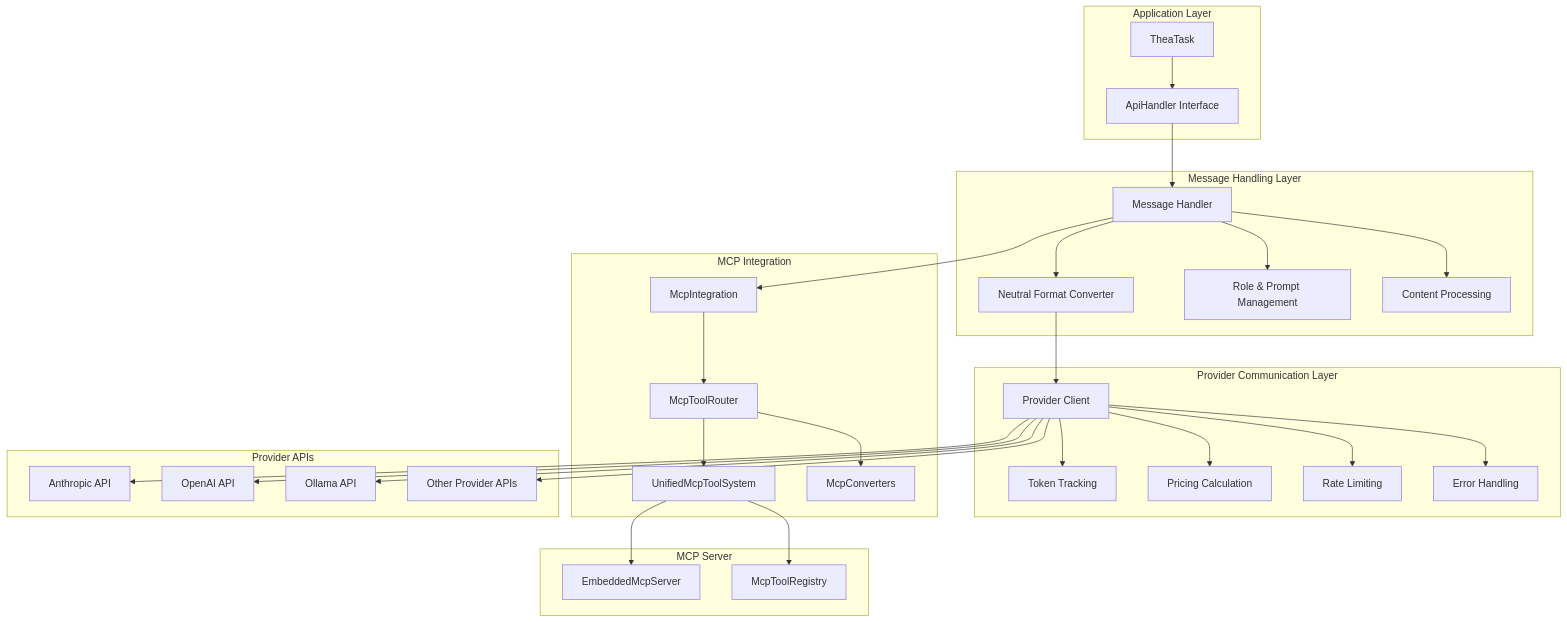
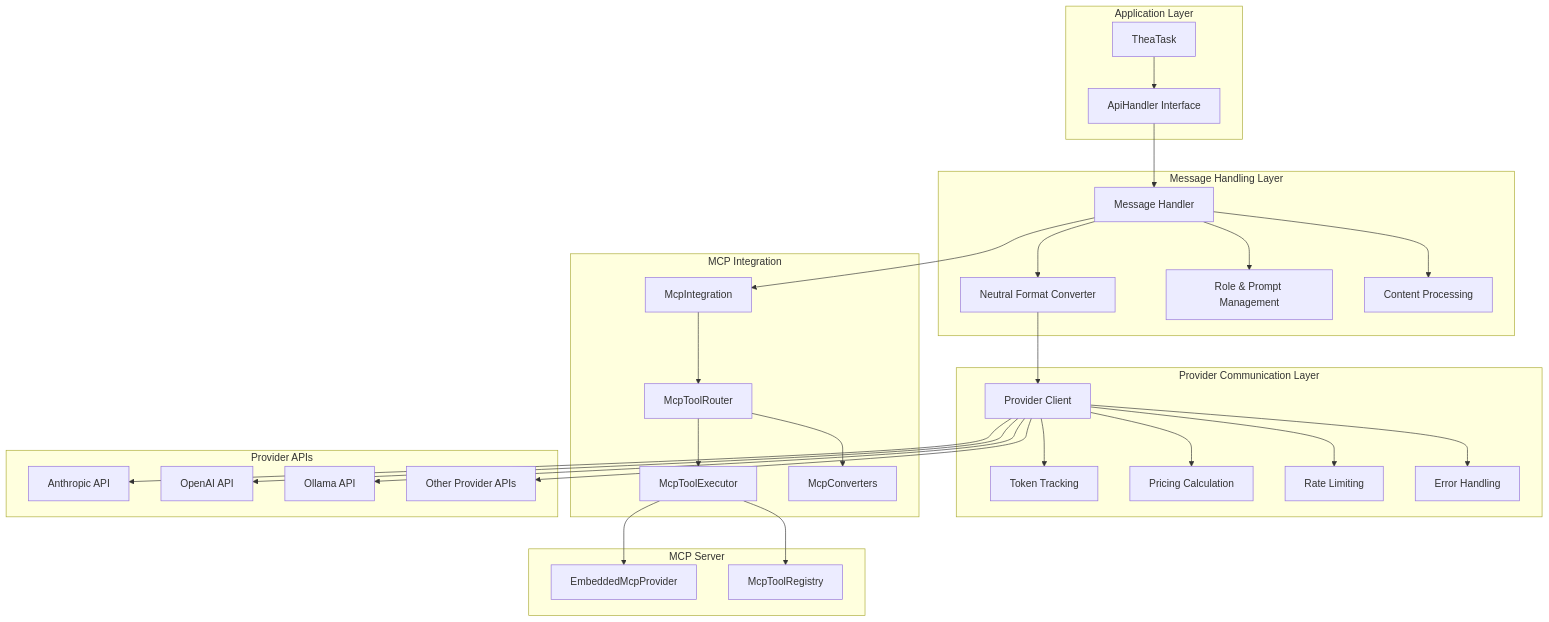
Before and after one commit to sydneyrenee/Thea-Code: the first of 2 diagrams in cline_docs/architectural_notes/api_handlers/unified_architecture.md, drawn with Mermaid. The commit also changed other lines of this file and 13 other files, not shown here.

````diff
--- a/cline_docs/architectural_notes/api_handlers/unified_architecture.md
+++ b/cline_docs/architectural_notes/api_handlers/unified_architecture.md
@@ -58,47 +58,47 @@
 ```mermaid
 flowchart TB
     subgraph "Application Layer"
         A[TheaTask] --> B[ApiHandler Interface]
     end
     
     subgraph "Message Handling Layer"
         B --> C[Message Handler]
         C --> D[Neutral Format Converter]
         C --> E[Role & Prompt Management]
         C --> F[Content Processing]
     end
     
     subgraph "Provider Communication Layer"
         D --> G[Provider Client]
         G --> H[Token Tracking]
         G --> I[Pricing Calculation]
         G --> J[Rate Limiting]
         G --> K[Error Handling]
     end
     
     subgraph "MCP Integration"
         L[McpIntegration]
         M[McpToolRouter]
-        N[UnifiedMcpToolSystem]
+        N[McpToolExecutor]
         O[McpConverters]
     end
     
     subgraph "MCP Server"
-        P[EmbeddedMcpServer]
+        P[EmbeddedMcpProvider]
         Q[McpToolRegistry]
     end
     
     subgraph "Provider APIs"
         G --> R[Anthropic API]
         G --> S[OpenAI API]
         G --> T[Ollama API]
         G --> U[Other Provider APIs]
     end
     
     C --> L
     L --> M
     M --> N
     M --> O
     N --> P
     N --> Q
 ```
````
